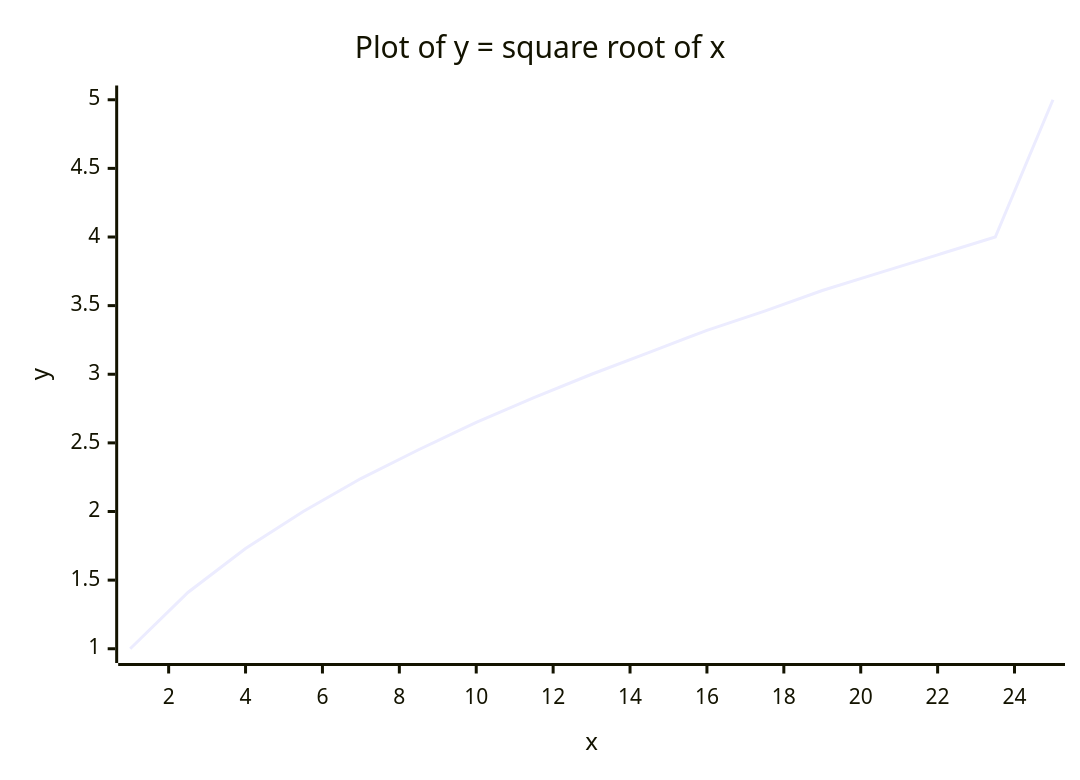
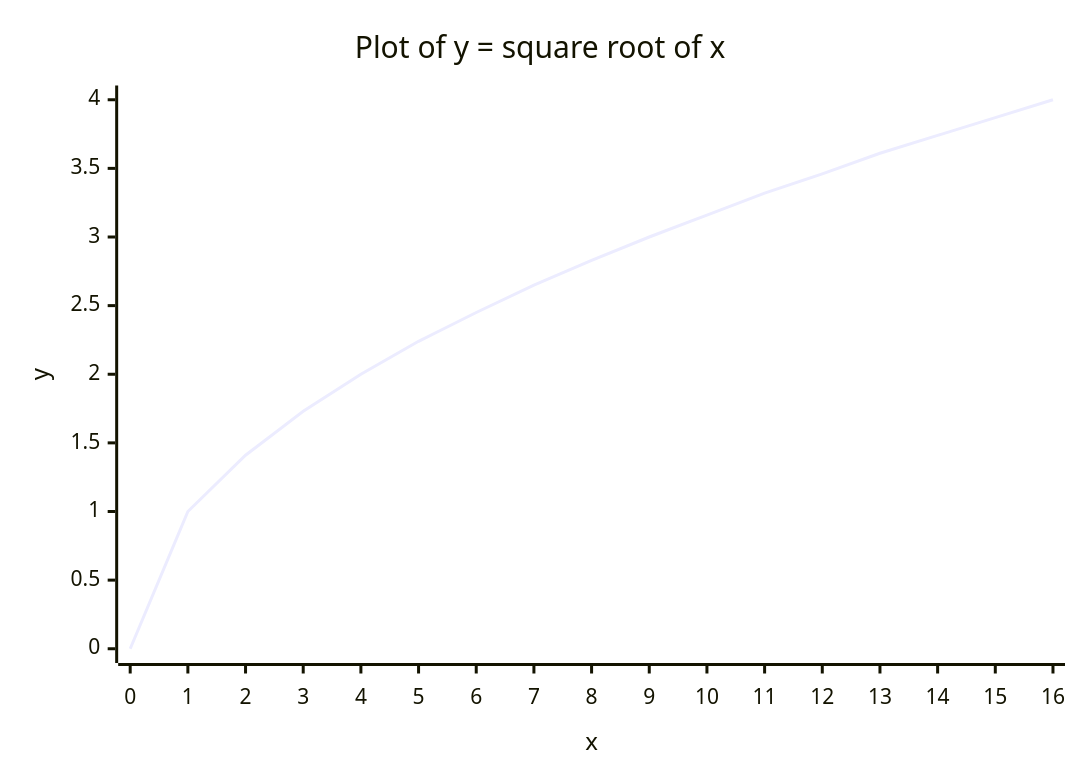
Before and after one commit to wayne-whitley/simple-initial-repository: the diagram in README.md, drawn with Mermaid.

````diff
--- a/README.md
+++ b/README.md
@@ -7,7 +7,7 @@
 ```mermaid
 xychart-beta
     title "Plot of y = square root of x"
-    x-axis "x" 1 --> 25
-    y-axis "y" 1 --> 5
-    line [1.0, 1.41, 1.73, 2.0, 2.24, 2.45, 2.65, 2.83, 3.0, 3.16, 3.32, 3.46, 3.61, 3.74, 3.87, 4.0, 5.0]
+    x-axis "x" [0, 1, 2, 3, 4, 5, 6, 7, 8, 9, 10, 11, 12, 13, 14, 15, 16]
+    y-axis "y" 0 --> 4
+    line [0.0, 1.0, 1.41, 1.73, 2.0, 2.24, 2.45, 2.65, 2.83, 3.0, 3.16, 3.32, 3.46, 3.61, 3.74, 3.87, 4.0]
 ```
````
